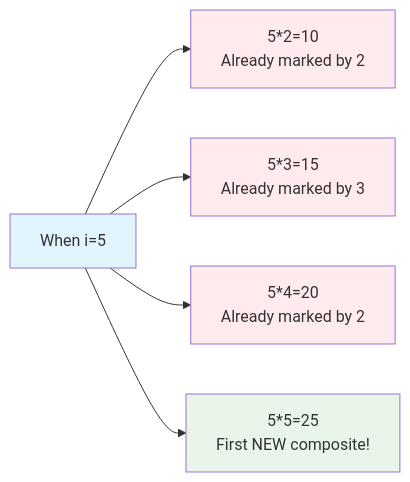
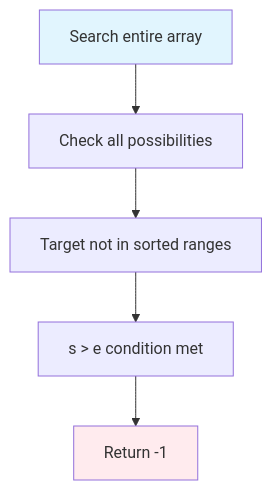
One commit to LuckyLongre123/README_RUNNER changed the sixth of 13 diagrams in README.md. Above: the diagram before and after it, drawn with Mermaid. The commit also changed other lines of this file, not shown here.

````diff
--- a/README.md
+++ b/README.md
@@ -153,13 +155,10 @@
 ```mermaid
-flowchart LR
-    A[When i=5] --> B[5*2=10<br/>Already marked by 2]
-    A --> C[5*3=15<br/>Already marked by 3]
-    A --> D[5*4=20<br/>Already marked by 2]
-    A --> E[5*5=25<br/>First NEW composite!]
+flowchart TD
+    A["Search entire array"] --> B["Check all possibilities"]
+    B --> C["Target not in sorted ranges"]
+    C --> D["s > e condition met"]
+    D --> E["Return -1"]
     
     style A fill:#e1f5fe
-    style B fill:#ffebee
-    style C fill:#ffebee
-    style D fill:#ffebee
-    style E fill:#e8f5e8
+    style E fill:#ffebee
 ```
````
